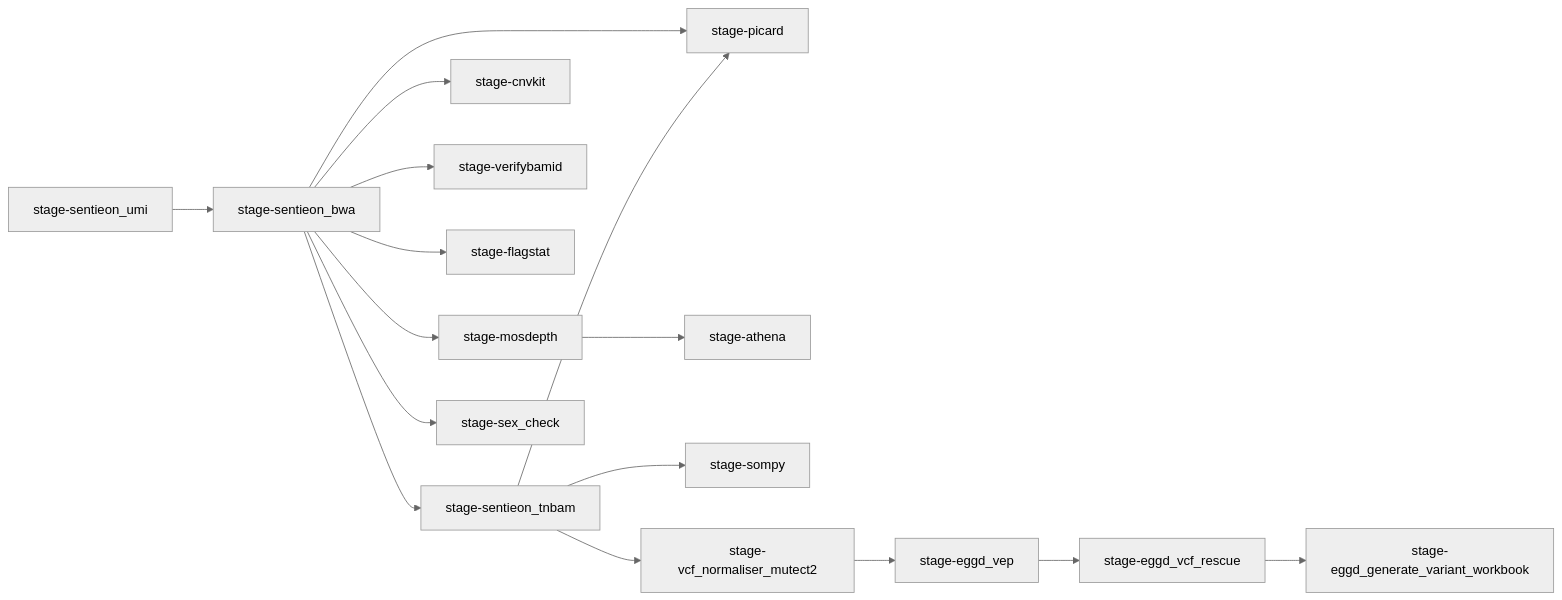
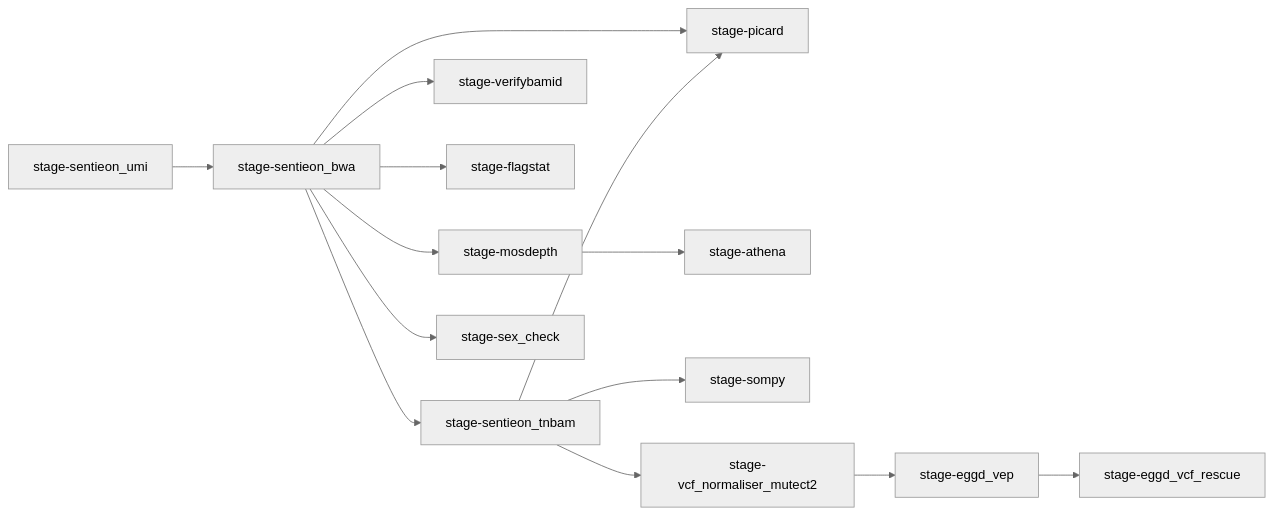
One commit to eastgenomics/eggd_atlas_main_workflow changed the diagram in README.md. Above: the diagram before and after it, drawn with Mermaid (neutral theme). The commit also changed other lines of this file, not shown here.

Commit message:
Updated to show only modules now included

````diff
--- a/README.md
+++ b/README.md
@@ -26,40 +24,35 @@
 ```mermaid
 graph LR
   S_BWA["stage-sentieon_bwa"]
   S_UMI["stage-sentieon_umi"]
   S_TNBAM["stage-sentieon_tnbam"]
-  CNV["stage-cnvkit"]
   VERIFY["stage-verifybamid"]
   PICARD["stage-picard"]
   FLAG["stage-flagstat"]
   MOS["stage-mosdepth"]
   ATH["stage-athena"]
   SEX["stage-sex_check"]
   SOMPY["stage-sompy"]
   VN_MUT["stage-vcf_normaliser_mutect2"]
   VEP_MUT["stage-eggd_vep"]
   RESCUE["stage-eggd_vcf_rescue"]
-  GENWB["stage-eggd_generate_variant_workbook"]
 
   %% Primary data flow edges (from JSON links)
   S_BWA --> S_TNBAM
   S_UMI --> S_BWA
-  S_BWA --> CNV
   S_BWA --> VERIFY
   S_BWA --> PICARD
   S_TNBAM --> PICARD
   S_BWA --> FLAG
   S_BWA --> MOS
   MOS --> ATH
   S_BWA --> SEX
   S_TNBAM --> SOMPY
 
   %% VCF normalization / annotation flow
   S_TNBAM --> VN_MUT
   VN_MUT --> VEP_MUT
   VEP_MUT --> RESCUE
-  RESCUE --> GENWB
 
-  %% Independent/standalone nodes
 
 ```
````
